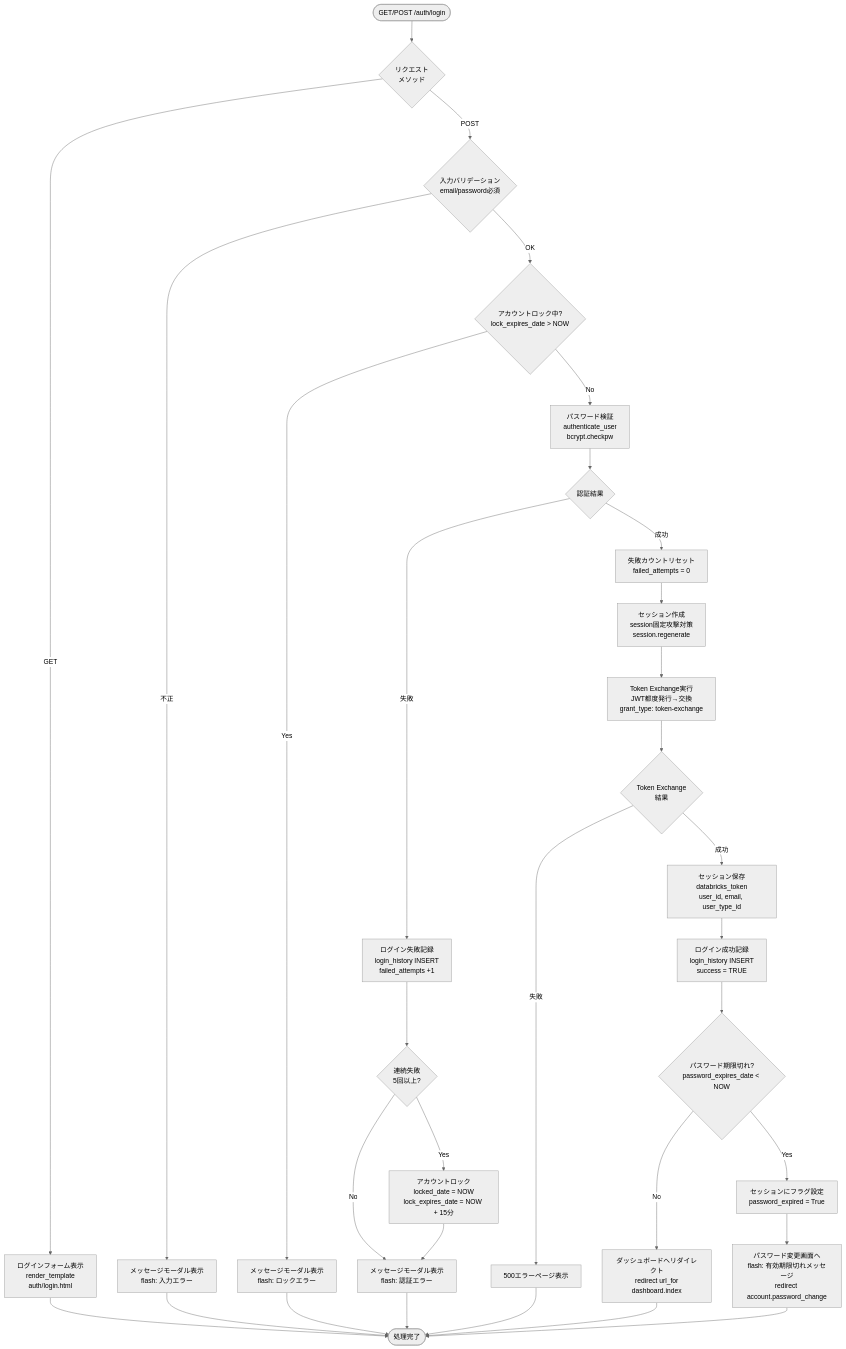
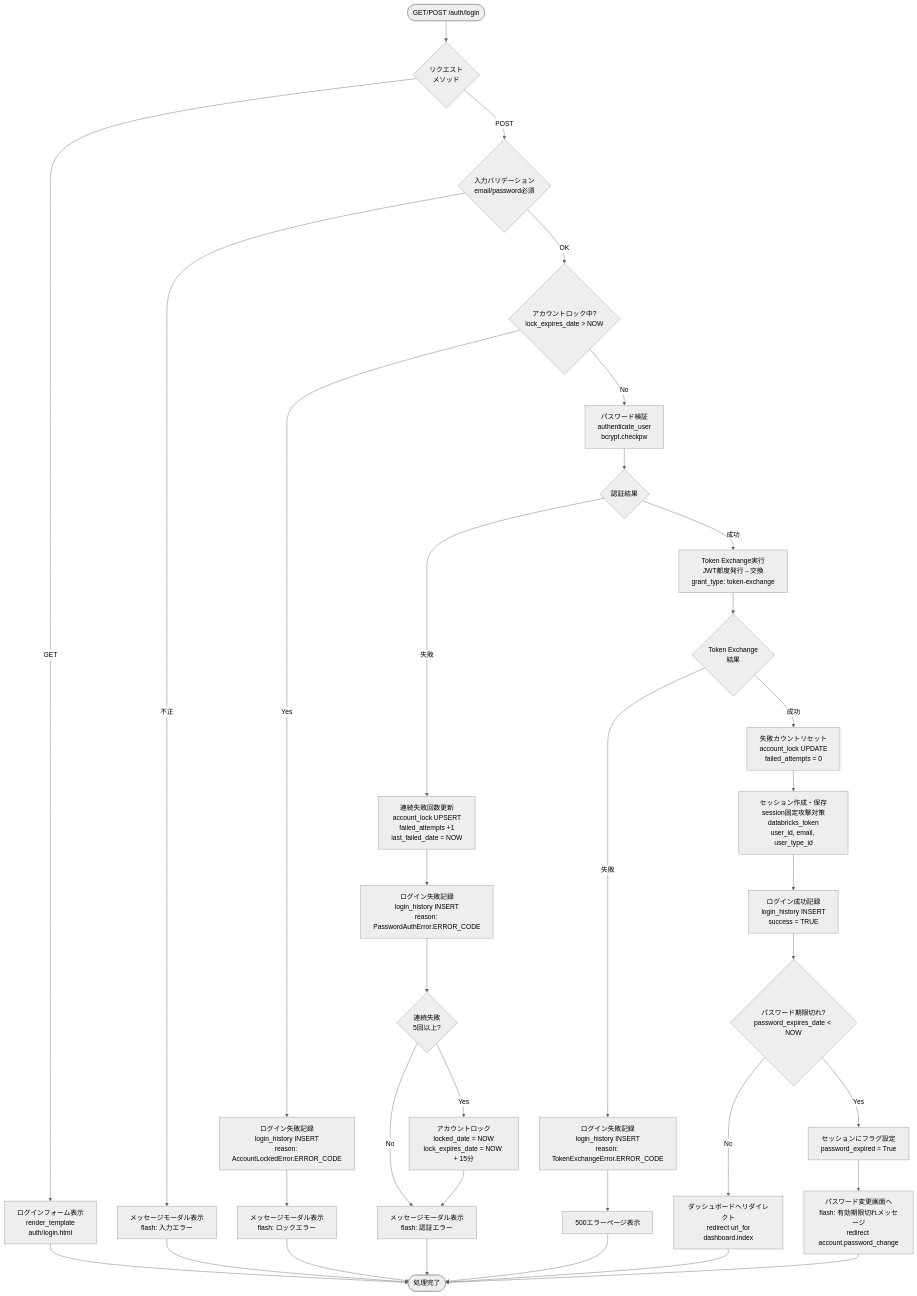
Before and after one commit to NSW-SVCP-AIWG002/Databricks-IoT: the second of 4 diagrams in docs/03-features/common/authentication-specification.md, drawn with Mermaid (neutral theme). The commit also changed other lines of this file and 1 other file, not shown here.

Commit message:
認証設計レビュー指摘事項修正＋ユーザー管理追加指摘 095: OLTP.user_masterへのデータ操作明記修正

````diff
--- a/docs/03-features/common/authentication-specification.md
+++ b/docs/03-features/common/authentication-specification.md
@@ -1554,50 +1544,51 @@
 ```mermaid
 flowchart TD
     Start([GET/POST /auth/login]) --> CheckMethod{リクエスト<br>メソッド}
 
     CheckMethod -->|GET| ShowForm[ログインフォーム表示<br>render_template<br>auth/login.html]
     ShowForm --> End1([処理完了])
 
     CheckMethod -->|POST| ValidateInput{入力バリデーション<br>email/password必須}
 
     ValidateInput -->|不正| ShowFormErr[メッセージモーダル表示<br>flash: 入力エラー]
     ShowFormErr --> End1
 
     ValidateInput -->|OK| CheckLocked{アカウントロック中?<br>lock_expires_date > NOW}
 
-    CheckLocked -->|Yes| ShowLockErr[メッセージモーダル表示<br>flash: ロックエラー]
+    CheckLocked -->|Yes| RecordLockFail[ログイン失敗記録<br>login_history INSERT<br>reason: AccountLockedError.ERROR_CODE]
+    RecordLockFail --> ShowLockErr[メッセージモーダル表示<br>flash: ロックエラー]
     ShowLockErr --> End1
 
     CheckLocked -->|No| AuthUser[パスワード検証<br>authenticate_user<br>bcrypt.checkpw]
     AuthUser --> CheckAuth{認証結果}
 
-    CheckAuth -->|失敗| RecordFail[ログイン失敗記録<br>login_history INSERT<br>failed_attempts +1]
-    RecordFail --> CheckLock{連続失敗<br>5回以上?}
+    CheckAuth -->|失敗| UpdateFailCount[連続失敗回数更新<br>account_lock UPSERT<br>failed_attempts +1<br>last_failed_date = NOW]
+    UpdateFailCount --> RecordLoginFail[ログイン失敗記録<br>login_history INSERT<br>reason: PasswordAuthError.ERROR_CODE]
+    RecordLoginFail --> CheckLock{連続失敗<br>5回以上?}
 
     CheckLock -->|Yes| LockAccount[アカウントロック<br>locked_date = NOW<br>lock_expires_date = NOW + 15分]
     CheckLock -->|No| ShowAuthErr[メッセージモーダル表示<br>flash: 認証エラー]
     LockAccount --> ShowAuthErr
     ShowAuthErr --> End1
 
-    CheckAuth -->|成功| ResetFail[失敗カウントリセット<br>failed_attempts = 0]
-    ResetFail --> CreateSession[セッション作成<br>session固定攻撃対策<br>session.regenerate]
-
-    CreateSession --> TokenExchange[Token Exchange実行<br>JWT都度発行→交換<br>grant_type: token-exchange]
+    CheckAuth -->|成功| TokenExchange[Token Exchange実行<br>JWT都度発行→交換<br>grant_type: token-exchange]
 
     TokenExchange --> CheckExchange{Token Exchange<br>結果}
 
-    CheckExchange -->|失敗| Error500[500エラーページ表示]
+    CheckExchange -->|失敗| RecordExchangeFail[ログイン失敗記録<br>login_history INSERT<br>reason: TokenExchangeError.ERROR_CODE]
+    RecordExchangeFail --> Error500[500エラーページ表示]
     Error500 --> End1
 
-    CheckExchange -->|成功| SaveSession[セッション保存<br>databricks_token<br>user_id, email, user_type_id]
-    SaveSession --> RecordSuccess[ログイン成功記録<br>login_history INSERT<br>success = TRUE]
+    CheckExchange -->|成功| ResetFail[失敗カウントリセット<br>account_lock UPDATE<br>failed_attempts = 0]
+    ResetFail --> CreateSession[セッション作成・保存<br>session固定攻撃対策<br>databricks_token<br>user_id, email, user_type_id]
+    CreateSession --> RecordSuccess[ログイン成功記録<br>login_history INSERT<br>success = TRUE]
 
     RecordSuccess --> CheckPwExpiry{パスワード期限切れ?<br>password_expires_date < NOW}
 
     CheckPwExpiry -->|No| Redirect[ダッシュボードへリダイレクト<br>redirect url_for<br>dashboard.index]
     Redirect --> End1
 
     CheckPwExpiry -->|Yes| SetPwExpiredFlag[セッションにフラグ設定<br>password_expired = True]
     SetPwExpiredFlag --> RedirectPwChange[パスワード変更画面へ<br>flash: 有効期限切れメッセージ<br>redirect account.password_change]
     RedirectPwChange --> End1
 ```
````
